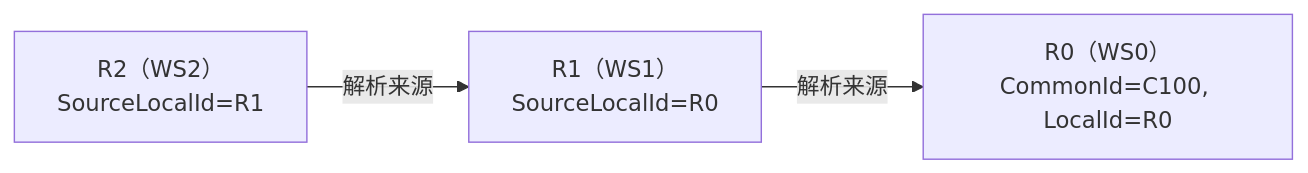
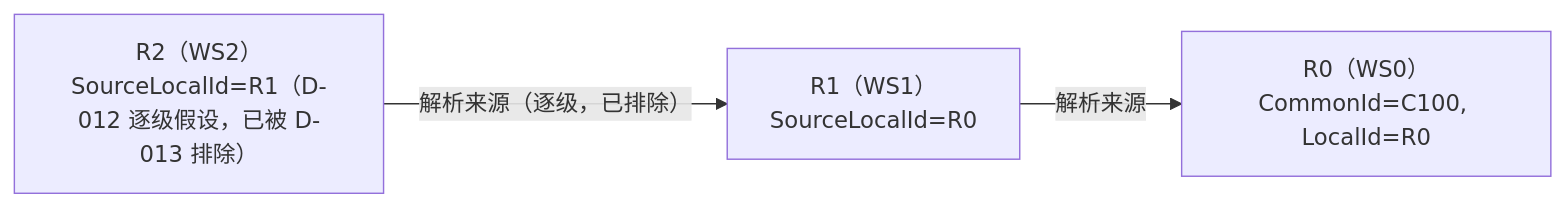
One commit to Greytrack/ddd-workingset changed the eighth of 11 diagrams in docs/working-set/diagrams/lighttrackeritem-lifecycle.md. Above: the diagram before and after it, drawn with Mermaid. The commit also changed other lines of this file and 7 other files, not shown here.

````diff
--- a/docs/working-set/diagrams/lighttrackeritem-lifecycle.md
+++ b/docs/working-set/diagrams/lighttrackeritem-lifecycle.md
@@ -164,8 +164,8 @@
 ```mermaid
 flowchart LR
     R0["R0（WS0）<br/>CommonId=C100, LocalId=R0"]
     R1["R1（WS1）<br/>SourceLocalId=R0"]
-    R2["R2（WS2）<br/>SourceLocalId=R1"]
+    R2["R2（WS2）<br/>SourceLocalId=R1（D-012 逐级假设，已被 D-013 排除）"]
     R1 -->|"解析来源"| R0
-    R2 -->|"解析来源"| R1
+    R2 -->|"解析来源（逐级，已排除）"| R1
 ```
````
